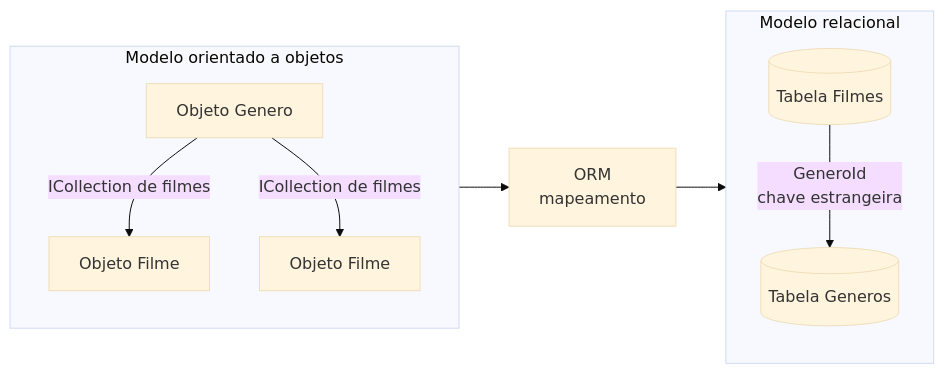
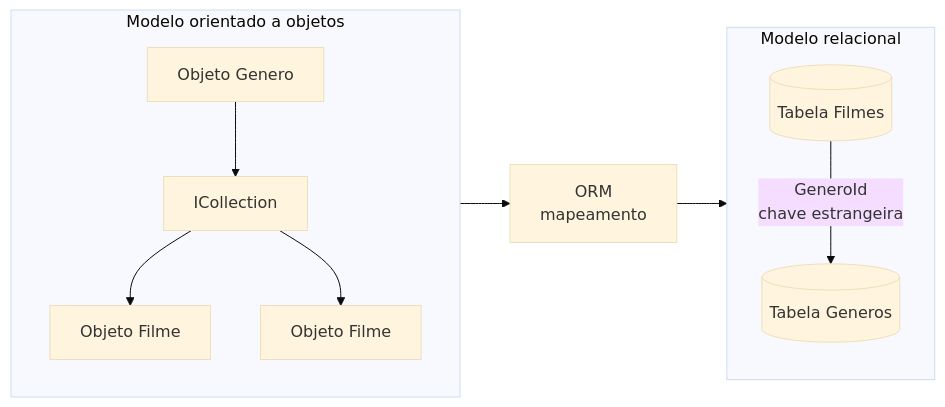
Before and after one commit to leorruas/puc: the second of 4 diagrams in 05. Desenvolvimento Web Back-End/05. Frameworks Web, MVC e mapeamento objeto-relacional.md, drawn with Mermaid (base theme). The commit also changed other lines of this file, not shown here.

Commit message:
Esclarece cardinalidade de ICollection no artigo 05

````diff
--- a/05. Desenvolvimento Web Back-End/05. Frameworks Web, MVC e mapeamento objeto-relacional.md
+++ b/05. Desenvolvimento Web Back-End/05. Frameworks Web, MVC e mapeamento objeto-relacional.md
@@ -159,20 +159,23 @@
 ```mermaid
 flowchart LR
     subgraph OO ["Modelo orientado a objetos"]
         G["Objeto Genero"]
+        C["ICollection<Filme>"]
         F1["Objeto Filme"]
         F2["Objeto Filme"]
-        G -->|"ICollection de filmes"| F1
-        G -->|"ICollection de filmes"| F2
+
+        G --> C
+        C --> F1
+        C --> F2
     end
 
     ORM["ORM<br>mapeamento"]
 
     subgraph Rel ["Modelo relacional"]
         TG[("Tabela Generos")]
         TF[("Tabela Filmes")]
         TF -->|"GeneroId<br>chave estrangeira"| TG
     end
 
     OO --> ORM --> Rel
 ```
````
